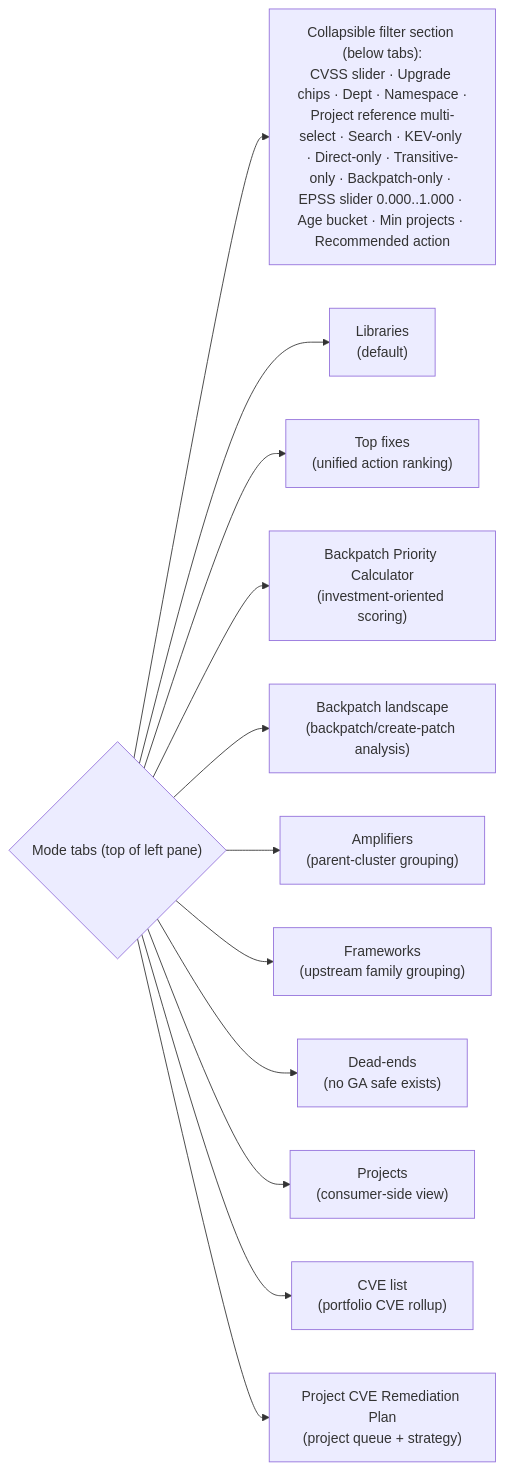
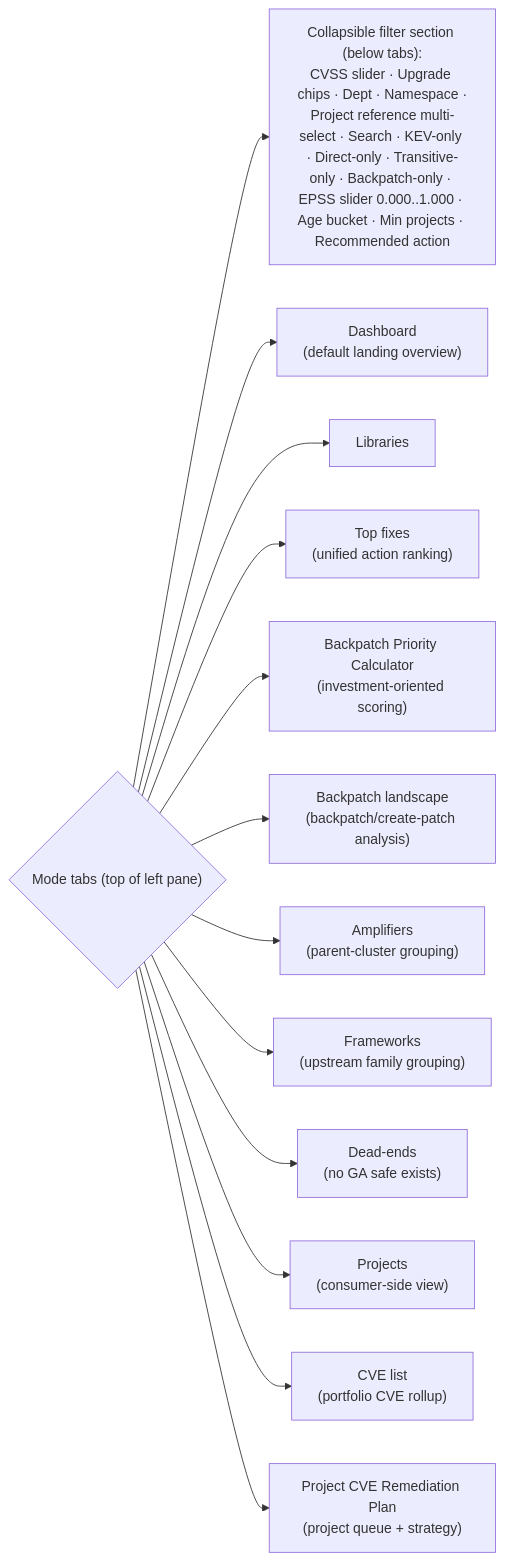
The second of 5 diagrams in SPEC.md (finos-osera/risk-navigator), drawn with Mermaid before and after one commit. The commit also changed other lines of this file and 42 other files, not shown here.

````diff
--- a/SPEC.md
+++ b/SPEC.md
@@ -469,16 +544,17 @@
 ```mermaid
 flowchart LR
   MODE{"Mode tabs (top of left pane)"}
   FILT["Collapsible filter section (below tabs):<br/>CVSS slider · Upgrade chips · Dept · Namespace ·<br/>Project reference multi-select · Search · KEV-only · Direct-only · Transitive-only · Backpatch-only · EPSS slider 0.000..1.000 · Age bucket · Min projects · Recommended action"]
   MODE --> FILT
-  MODE --> LIB["Libraries<br/>(default)"]
+  MODE --> DASH["Dashboard<br/>(default landing overview)"]
+  MODE --> LIB["Libraries"]
   MODE --> FIX["Top fixes<br/>(unified action ranking)"]
   MODE --> BPC["Backpatch Priority Calculator<br/>(investment-oriented scoring)"]
   MODE --> BPL["Backpatch landscape<br/>(backpatch/create-patch analysis)"]
   MODE --> AMP["Amplifiers<br/>(parent-cluster grouping)"]
   MODE --> FW["Frameworks<br/>(upstream family grouping)"]
   MODE --> DEAD["Dead-ends<br/>(no GA safe exists)"]
   MODE --> PROJ["Projects<br/>(consumer-side view)"]
   MODE --> CVE["CVE list<br/>(portfolio CVE rollup)"]
   MODE --> PRP["Project CVE Remediation Plan<br/>(project queue + strategy)"]
 ```
````
